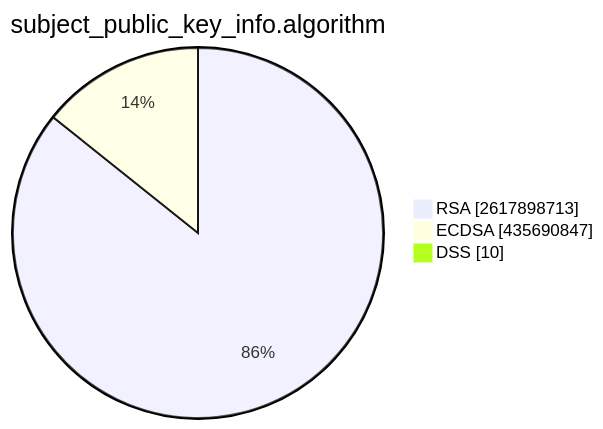
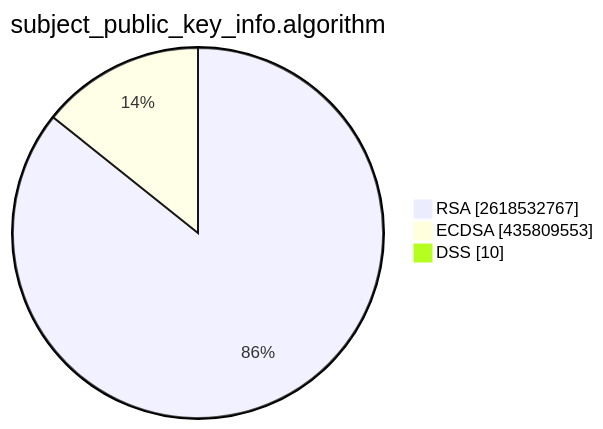
One commit to christiankrug/ctmonitor_visualization changed the second of 15 diagrams in TOTAL/README.md. Above: the diagram before and after it, drawn with Mermaid. The commit also changed other lines of this file, not shown here.

````diff
--- a/TOTAL/README.md
+++ b/TOTAL/README.md
@@ -6,7 +6,7 @@
 ```mermaid
 pie showData
 title subject_public_key_info.algorithm
-"RSA" :2617898713
-"ECDSA" :435690847
+"RSA" :2618532767
+"ECDSA" :435809553
 "DSS" :10
 ```
````
